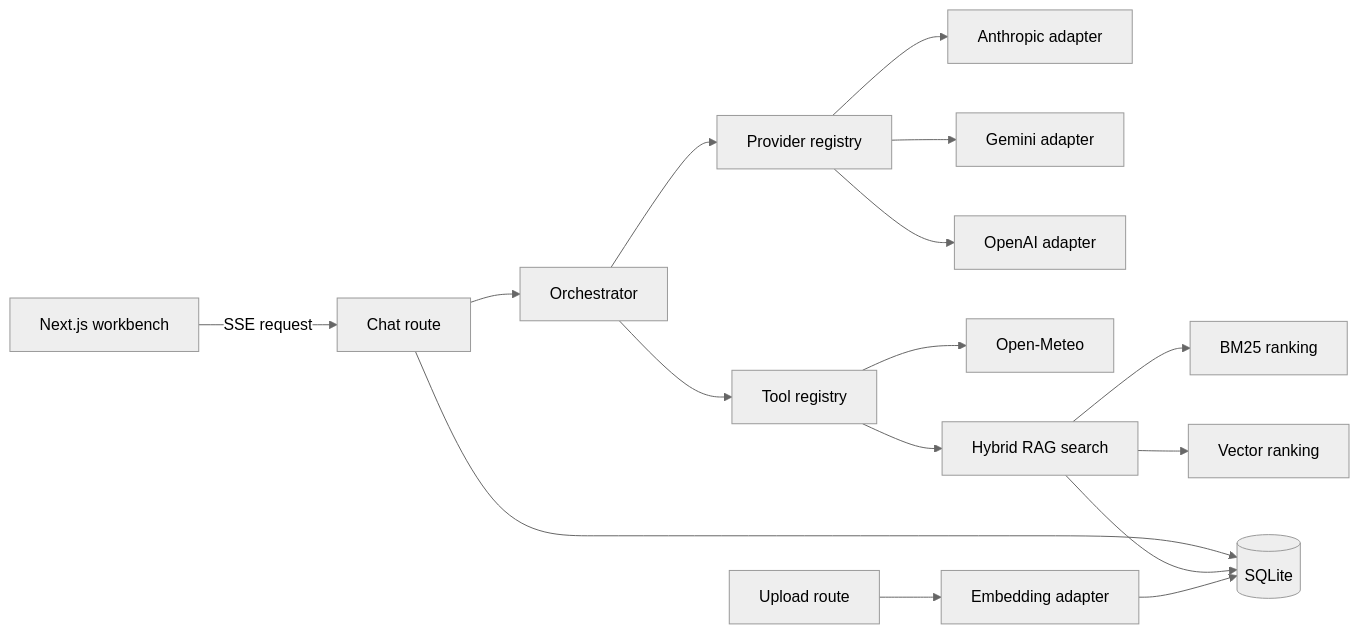
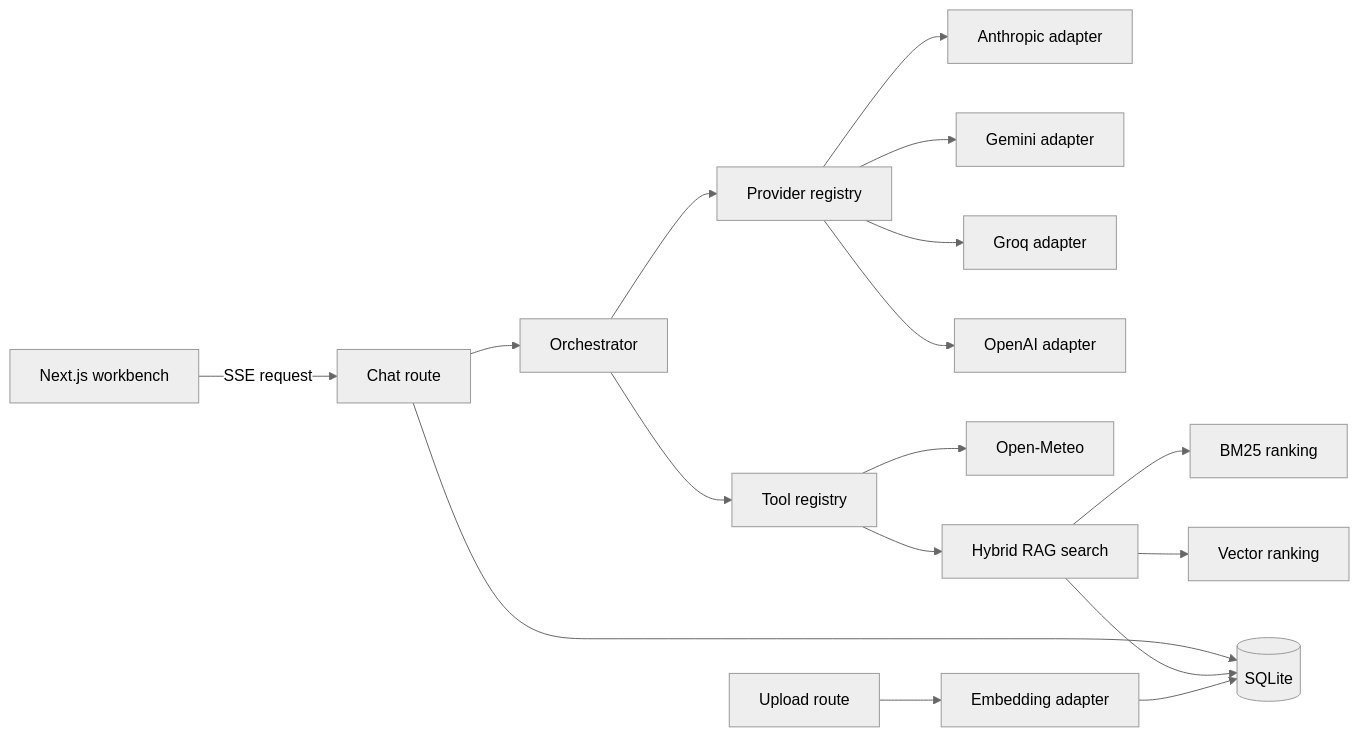
One commit to Suvam-imversion/polyglot-workbench changed the diagram in docs/DESIGN.md. Above: the diagram before and after it, drawn with Mermaid (neutral theme). The commit also changed 10 other files, not shown here.

````diff
--- a/docs/DESIGN.md
+++ b/docs/DESIGN.md
@@ -5,18 +5,19 @@
 ```mermaid
 flowchart LR
   UI[Next.js workbench] -->|SSE request| API[Chat route]
   API --> DB[(SQLite)]
   API --> ORCH[Orchestrator]
   ORCH --> REG[Provider registry]
   REG --> A[Anthropic adapter]
   REG --> G[Gemini adapter]
+  REG --> Q[Groq adapter]
   REG --> O[OpenAI adapter]
   ORCH --> TOOLS[Tool registry]
   TOOLS --> WEATHER[Open-Meteo]
   TOOLS --> RAG[Hybrid RAG search]
   RAG --> VECTOR[Vector ranking]
   RAG --> BM25[BM25 ranking]
   RAG --> DB
   UPLOAD[Upload route] --> EMBED[Embedding adapter]
   EMBED --> DB
 ```
````
